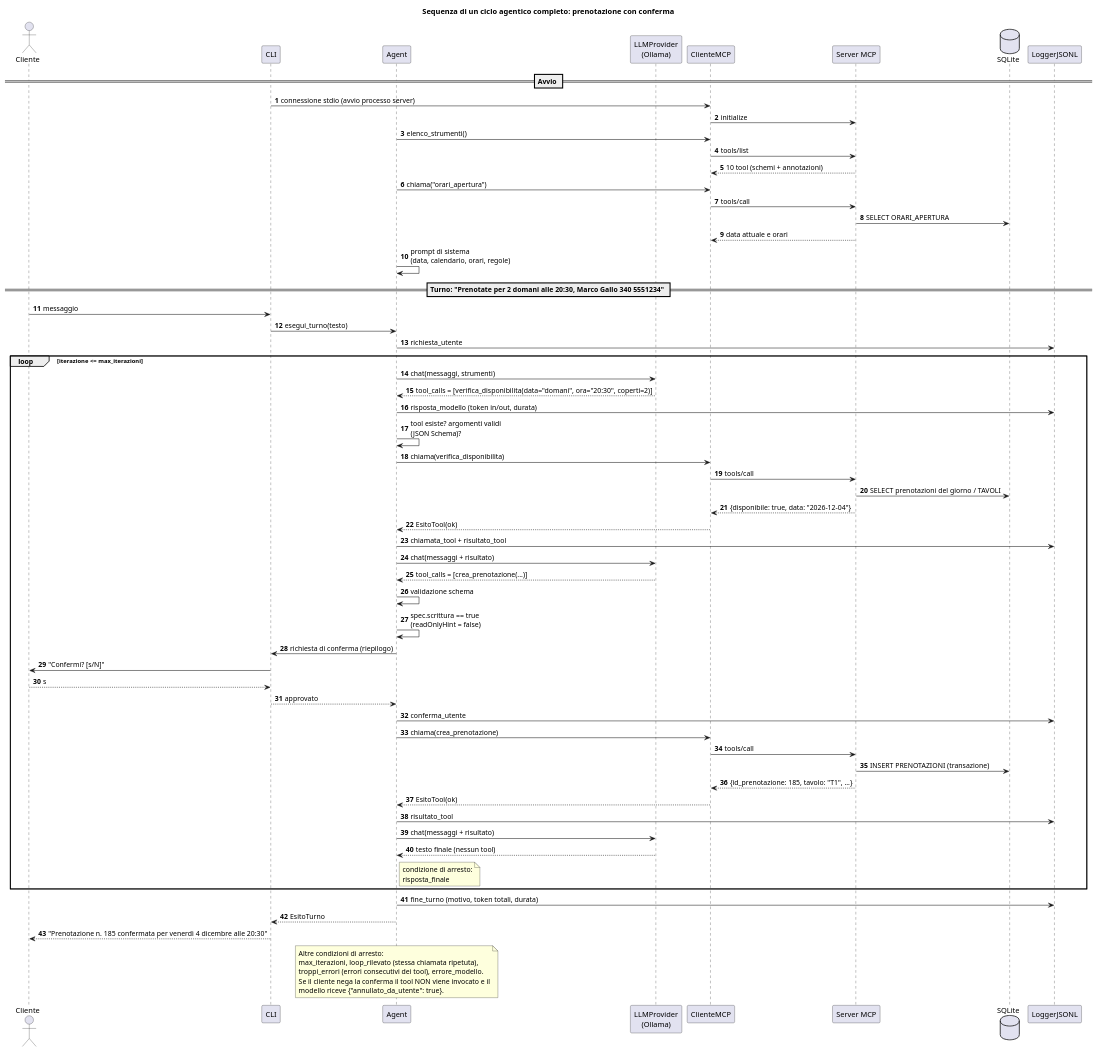
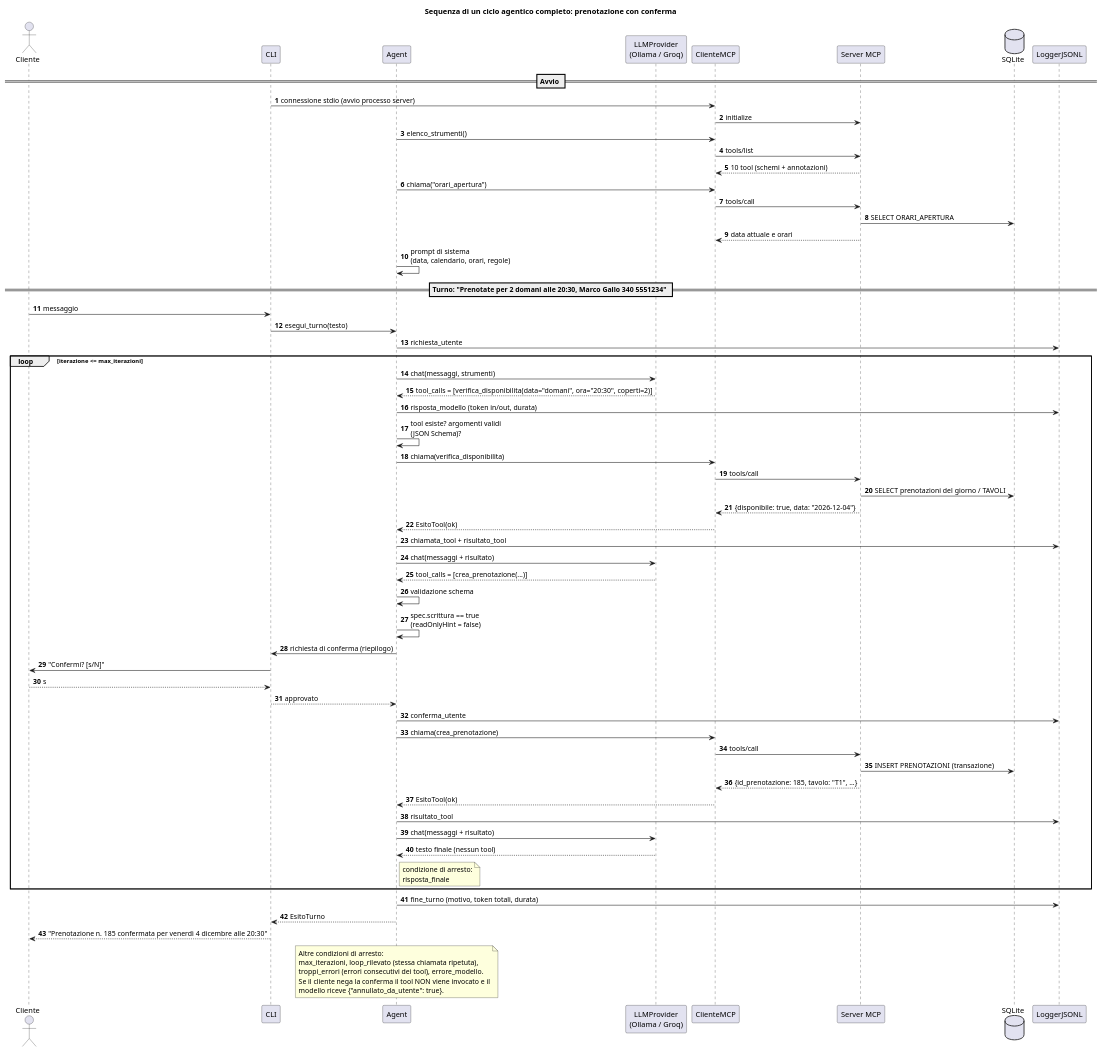
One commit to Gabrymarg/Gabrymarg-AI-MCP changed the diagram in docs/diagrammi/sequenza.puml. Above: the diagram before and after it, drawn with PlantUML. The commit also changed 99 other files, not shown here.

First line of the commit message:
Versione finale: provider Groq, correzioni H, diagrammi e risultati

```diff
--- a/docs/diagrammi/sequenza.puml
+++ b/docs/diagrammi/sequenza.puml
@@ -1,77 +1,77 @@
 @startuml sequenza
 title Sequenza di un ciclo agentico completo: prenotazione con conferma
 skinparam shadowing false
 skinparam sequenceMessageAlign left
 autonumber
 
 actor Cliente
 participant "CLI" as CLI
 participant "Agent" as A
-participant "LLMProvider\n(Ollama)" as L
+participant "LLMProvider\n(Ollama / Groq)" as L
 participant "ClienteMCP" as C
 participant "Server MCP" as S
 database "SQLite" as DB
 participant "LoggerJSONL" as LOG
 
 == Avvio ==
 CLI -> C : connessione stdio (avvio processo server)
 C -> S : initialize
 A -> C : elenco_strumenti()
 C -> S : tools/list
 S --> C : 10 tool (schemi + annotazioni)
 A -> C : chiama("orari_apertura")
 C -> S : tools/call
 S -> DB : SELECT ORARI_APERTURA
 S --> C : data attuale e orari
 A -> A : prompt di sistema\n(data, calendario, orari, regole)
 
 == Turno: "Prenotate per 2 domani alle 20:30, Marco Gallo 340 5551234" ==
 Cliente -> CLI : messaggio
 CLI -> A : esegui_turno(testo)
 A -> LOG : richiesta_utente
 
 loop iterazione <= max_iterazioni
   A -> L : chat(messaggi, strumenti)
   L --> A : tool_calls = [verifica_disponibilita(data="domani", ora="20:30", coperti=2)]
   A -> LOG : risposta_modello (token in/out, durata)
   A -> A : tool esiste? argomenti validi\n(JSON Schema)?
   A -> C : chiama(verifica_disponibilita)
   C -> S : tools/call
   S -> DB : SELECT prenotazioni del giorno / TAVOLI
   S --> C : {disponibile: true, data: "2026-12-04"}
   C --> A : EsitoTool(ok)
   A -> LOG : chiamata_tool + risultato_tool
 
   A -> L : chat(messaggi + risultato)
   L --> A : tool_calls = [crea_prenotazione(...)]
   A -> A : validazione schema
   A -> A : spec.scrittura == true\n(readOnlyHint = false)
   A -> CLI : richiesta di conferma (riepilogo)
   CLI -> Cliente : "Confermi? [s/N]"
   Cliente --> CLI : s
   CLI --> A : approvato
   A -> LOG : conferma_utente
   A -> C : chiama(crea_prenotazione)
   C -> S : tools/call
   S -> DB : INSERT PRENOTAZIONI (transazione)
   S --> C : {id_prenotazione: 185, tavolo: "T1", ...}
   C --> A : EsitoTool(ok)
   A -> LOG : risultato_tool
 
   A -> L : chat(messaggi + risultato)
   L --> A : testo finale (nessun tool)
   note right of A : condizione di arresto:\nrisposta_finale
 end
 
 A -> LOG : fine_turno (motivo, token totali, durata)
 A --> CLI : EsitoTurno
 CLI --> Cliente : "Prenotazione n. 185 confermata per venerdì 4 dicembre alle 20:30"
 
 note over A
   Altre condizioni di arresto:
   max_iterazioni, loop_rilevato (stessa chiamata ripetuta),
   troppi_errori (errori consecutivi dei tool), errore_modello.
   Se il cliente nega la conferma il tool NON viene invocato e il
   modello riceve {"annullato_da_utente": true}.
 end note
 @enduml
```
